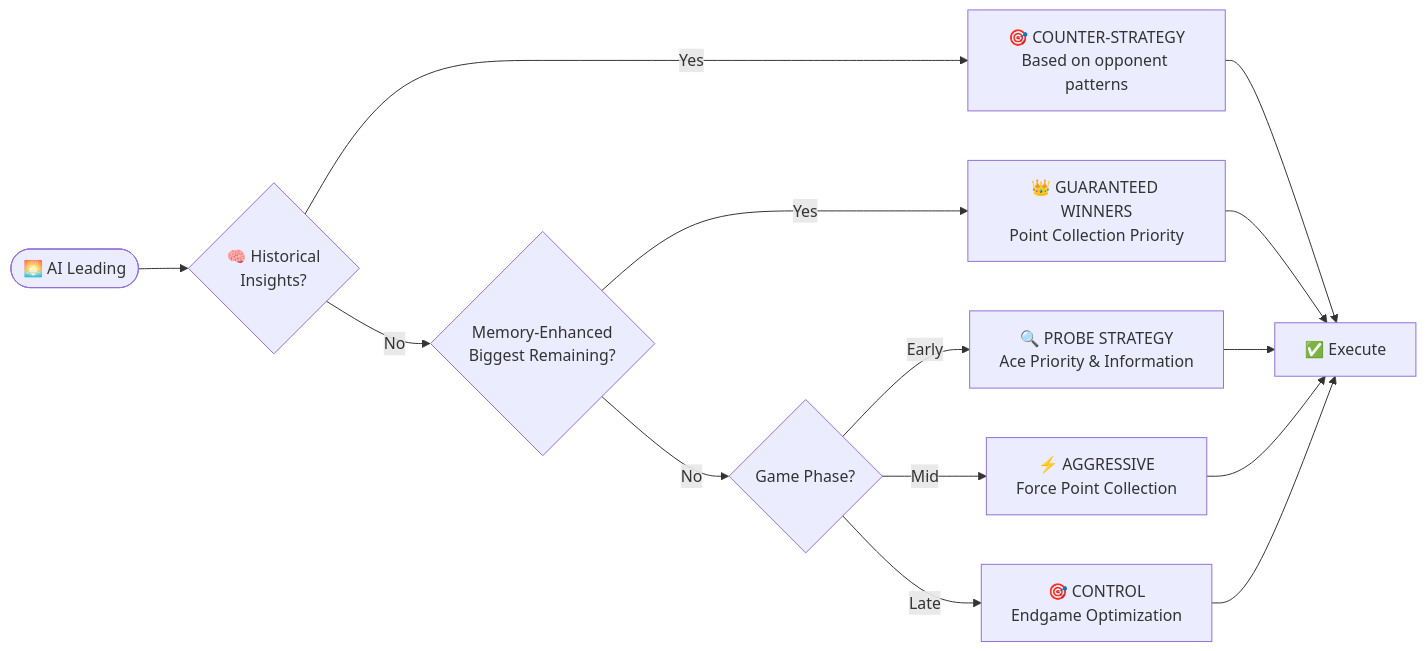
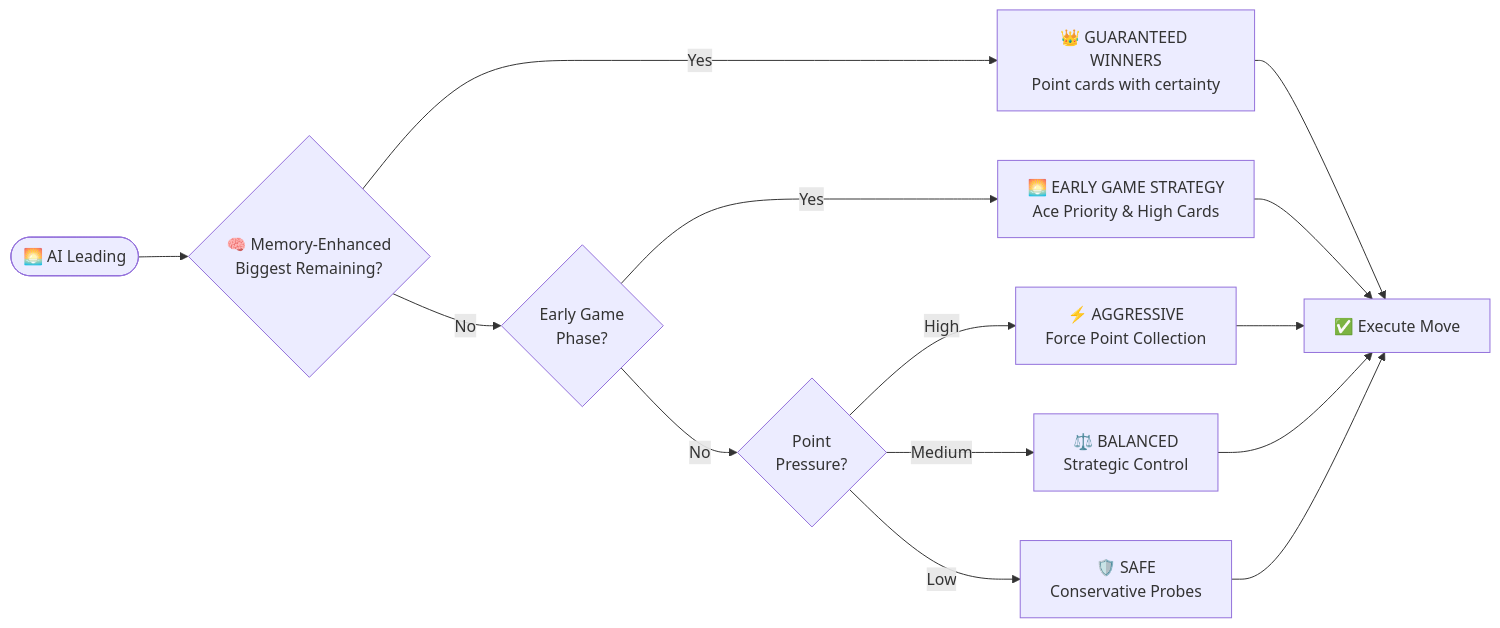
One commit to ejfn/Tractor changed the third of 6 diagrams in docs/AI_SYSTEM.md. Above: the diagram before and after it, drawn with Mermaid. The commit also changed other lines of this file and 1 other file, not shown here.

````diff
--- a/docs/AI_SYSTEM.md
+++ b/docs/AI_SYSTEM.md
@@ -202,17 +113,17 @@
 ```mermaid
 flowchart LR
-    Start([🌅 AI Leading]) --> Historical{🧠 Historical<br/>Insights?}
-    Historical -->|Yes| Counter[🎯 COUNTER-STRATEGY<br/>Based on opponent patterns]
-    Historical -->|No| Memory{Memory-Enhanced<br/>Biggest Remaining?}
-    Memory -->|Yes| Guaranteed[👑 GUARANTEED WINNERS<br/>Point Collection Priority]
-    Memory -->|No| Phase{Game Phase?}
-    Phase -->|Early| Probe[🔍 PROBE STRATEGY<br/>Ace Priority & Information]
-    Phase -->|Mid| Aggressive[⚡ AGGRESSIVE<br/>Force Point Collection]
-    Phase -->|Late| Control[🎯 CONTROL<br/>Endgame Optimization]
+    Start([🌅 AI Leading]) --> Memory{🧠 Memory-Enhanced<br/>Biggest Remaining?}
+    Memory -->|Yes| Guaranteed[👑 GUARANTEED WINNERS<br/>Point cards with certainty]
+    Memory -->|No| Early{Early Game<br/>Phase?}
+    Early -->|Yes| EarlyGame[🌅 EARLY GAME STRATEGY<br/>Ace Priority & High Cards]
+    Early -->|No| Pressure{Point<br/>Pressure?}
+    Pressure -->|High| Aggressive[⚡ AGGRESSIVE<br/>Force Point Collection]
+    Pressure -->|Medium| Balanced[⚖️ BALANCED<br/>Strategic Control]
+    Pressure -->|Low| Safe[🛡️ SAFE<br/>Conservative Probes]
     
-    Counter --> Execute[✅ Execute]
-    Guaranteed --> Execute
-    Probe --> Execute
+    Guaranteed --> Execute[✅ Execute Move]
+    EarlyGame --> Execute
     Aggressive --> Execute
-    Control --> Execute
+    Balanced --> Execute
+    Safe --> Execute
 ```
````
